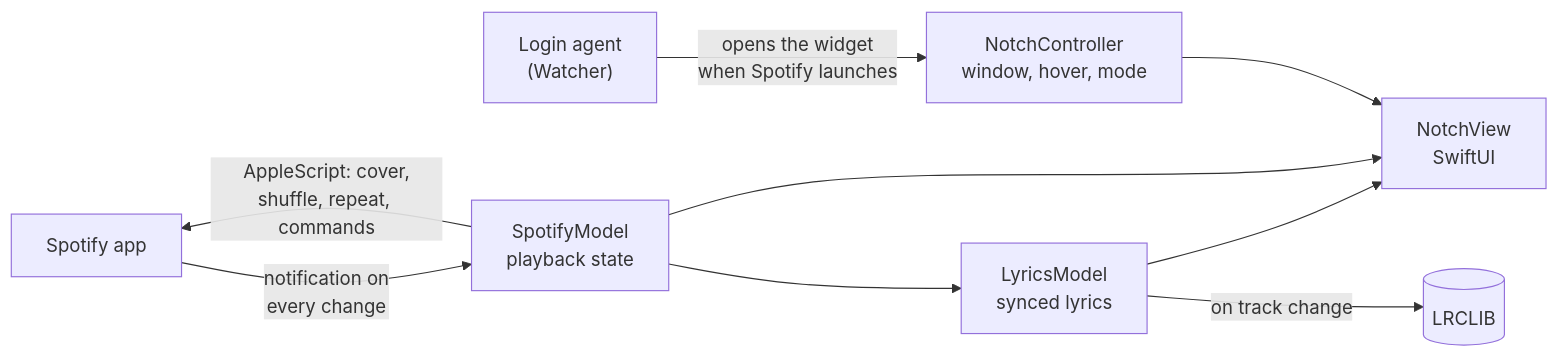
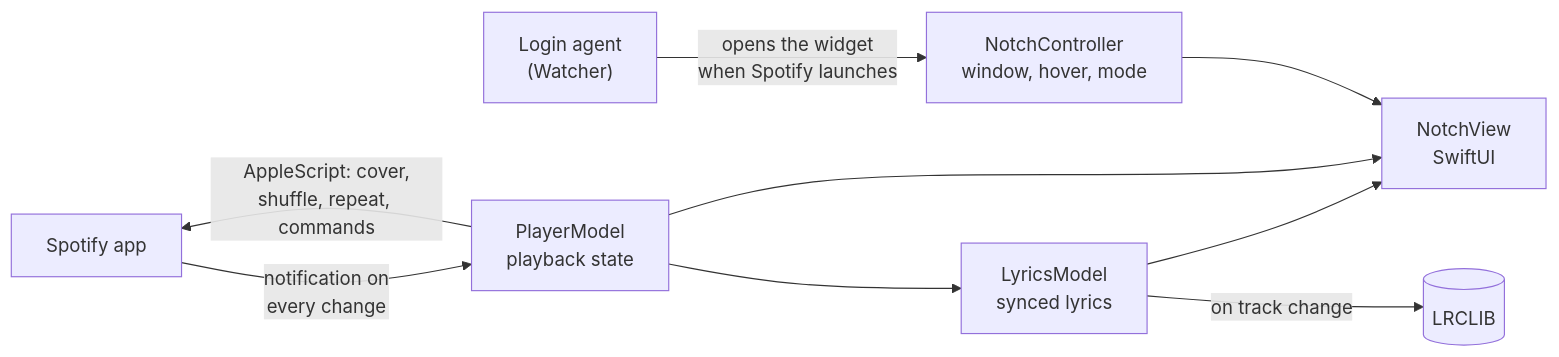
Before and after one commit to Aidenn8/spotch: the diagram in README.md, drawn with Mermaid. The commit also changed other lines of this file and 10 other files, not shown here.

````diff
--- a/README.md
+++ b/README.md
@@ -93,19 +100,19 @@
 ```mermaid
 flowchart LR
     spotify["Spotify app"]
     watcher["Login agent<br/>(Watcher)"]
-    model["SpotifyModel<br/>playback state"]
+    model["PlayerModel<br/>playback state"]
     lyrics["LyricsModel<br/>synced lyrics"]
     lrclib[("LRCLIB")]
     controller["NotchController<br/>window, hover, mode"]
     view["NotchView<br/>SwiftUI"]
 
     watcher -- "opens the widget<br/>when Spotify launches" --> controller
     spotify -- "notification on<br/>every change" --> model
     model -- "AppleScript: cover,<br/>shuffle, repeat, commands" --> spotify
     model --> lyrics
     lyrics -- "on track change" --> lrclib
     model --> view
     lyrics --> view
     controller --> view
 ```
````
